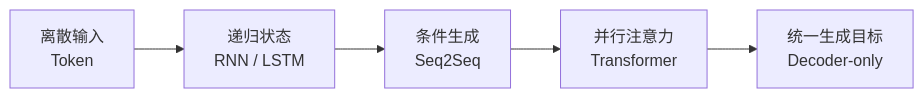
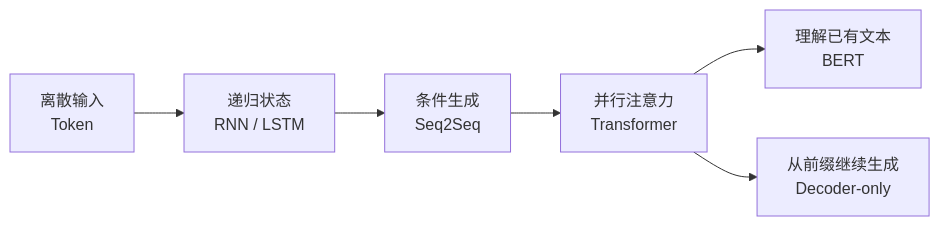
One commit to tianyi-zhang-02/cooking-agi changed the diagram in 00-foundations/core/README.md. Above: the diagram before and after it, drawn with Mermaid. The commit also changed other lines of this file and 200 other files, not shown here.

First line of the commit message:
Consolidate bilingual reading flow and worked learning examples

````diff
--- a/00-foundations/core/README.md
+++ b/00-foundations/core/README.md
@@ -15,7 +15,8 @@
 ```mermaid
 flowchart LR
     A["离散输入<br/>Token"] --> B["递归状态<br/>RNN / LSTM"]
     B --> C["条件生成<br/>Seq2Seq"]
     C --> D["并行注意力<br/>Transformer"]
-    D --> E["统一生成目标<br/>Decoder-only"]
+    D --> E["理解已有文本<br/>BERT"]
+    D --> F["从前缀继续生成<br/>Decoder-only"]
 ```
````
